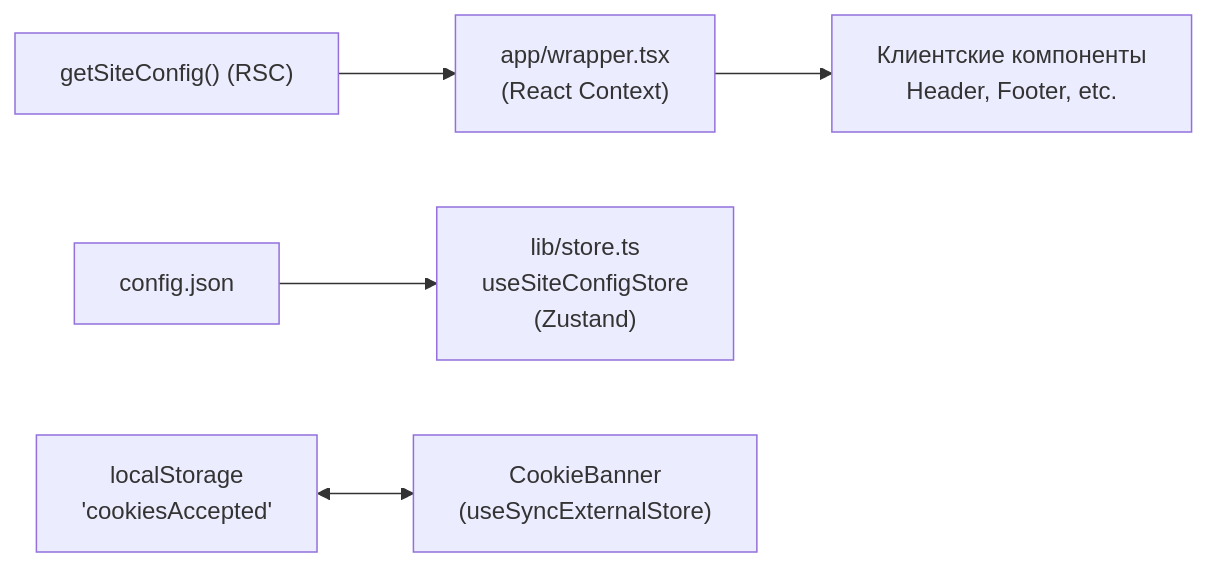
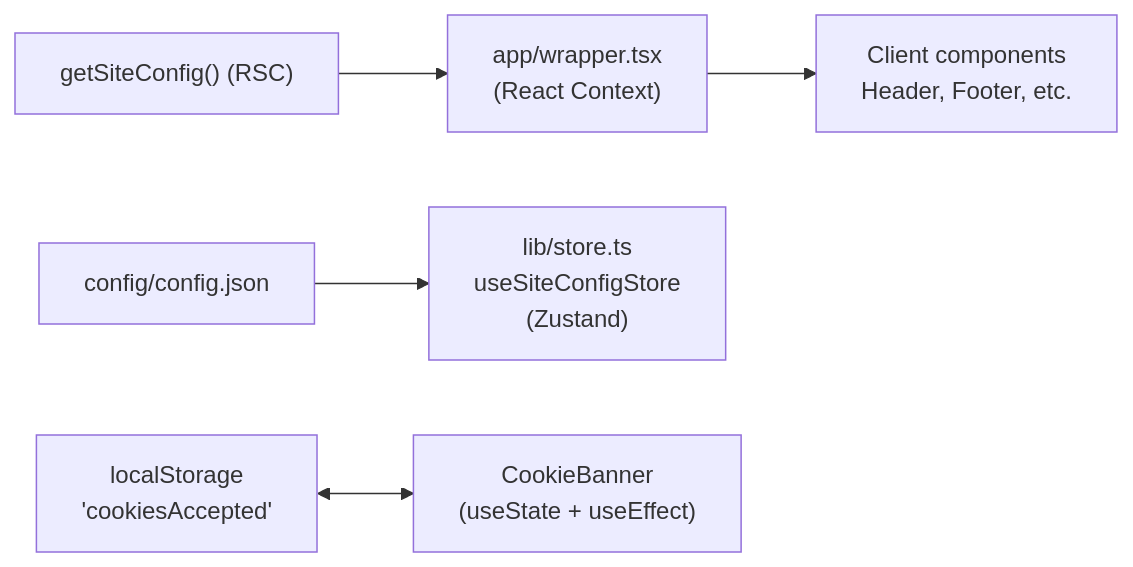
Before and after one commit to biggora/design-studio: the second of 2 diagrams in docs/ARCHITECTURE.md, drawn with Mermaid. The commit also changed other lines of this file and 11 other files, not shown here.

````diff
--- a/docs/ARCHITECTURE.md
+++ b/docs/ARCHITECTURE.md
@@ -242,7 +299,7 @@
 ```mermaid
 flowchart LR
     ServerConfig["getSiteConfig() (RSC)"] --> ContextWrapper["app/wrapper.tsx\n(React Context)"]
-    ContextWrapper --> SubComponents["Клиентские компоненты\nHeader, Footer, etc."]
-    BaseJSON["config.json"] --> Zustand["lib/store.ts\nuseSiteConfigStore\n(Zustand)"]
-    LocalStorage["localStorage\n'cookiesAccepted'"] <--> SyncStore["CookieBanner\n(useSyncExternalStore)"]
+    ContextWrapper --> SubComponents["Client components\nHeader, Footer, etc."]
+    BaseJSON["config/config.json"] --> Zustand["lib/store.ts\nuseSiteConfigStore\n(Zustand)"]
+    LocalStorage["localStorage\n'cookiesAccepted'"] <--> CookieBanner["CookieBanner\n(useState + useEffect)"]
 ```
````
